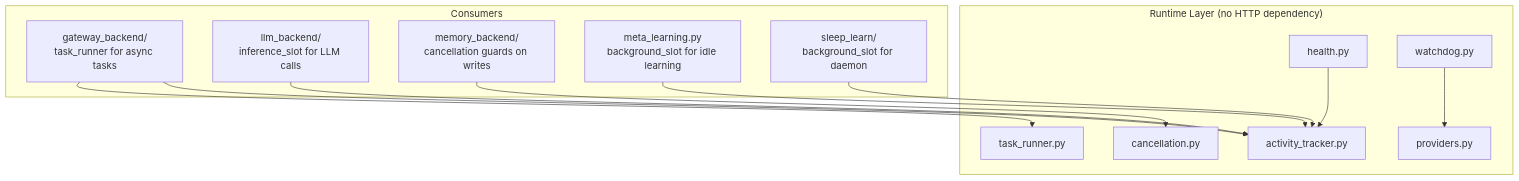
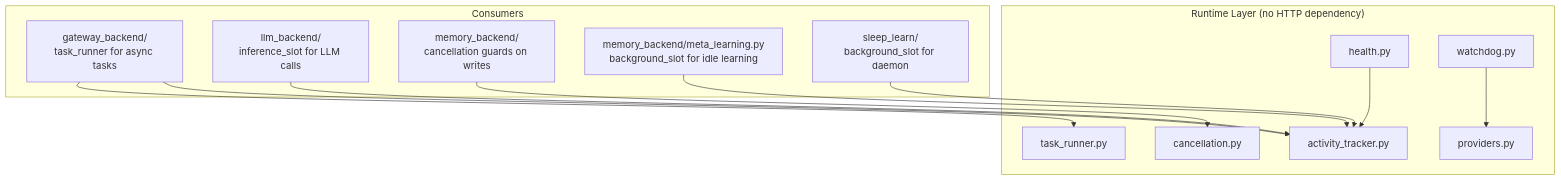
One commit to brunogcar/agent changed the first of 8 diagrams in docs/core/RUNTIME.md. Above: the diagram before and after it, drawn with Mermaid. The commit also changed other lines of this file and 12 other files, not shown here.

````diff
--- a/docs/core/RUNTIME.md
+++ b/docs/core/RUNTIME.md
@@ -31,26 +31,26 @@
 ```mermaid
 graph TD
     subgraph "Runtime Layer (no HTTP dependency)"
         AT["activity_tracker.py"]
         CC["cancellation.py"]
         HL["health.py"]
         PR["providers.py"]
         TR["task_runner.py"]
         WD["watchdog.py"]
     end
     subgraph "Consumers"
         GW["gateway_backend/<br/>task_runner for async tasks"]
         LLM["llm_backend/<br/>inference_slot for LLM calls"]
         MEM["memory_backend/<br/>cancellation guards on writes"]
-        ML["meta_learning.py<br/>background_slot for idle learning"]
+        ML["memory_backend/meta_learning.py<br/>background_slot for idle learning"]
         SL["sleep_learn/<br/>background_slot for daemon"]
     end
     GW --> TR
     GW --> AT
     LLM --> AT
     MEM --> CC
     ML --> AT
     SL --> AT
     WD --> PR
     HL --> AT
 ```
````
